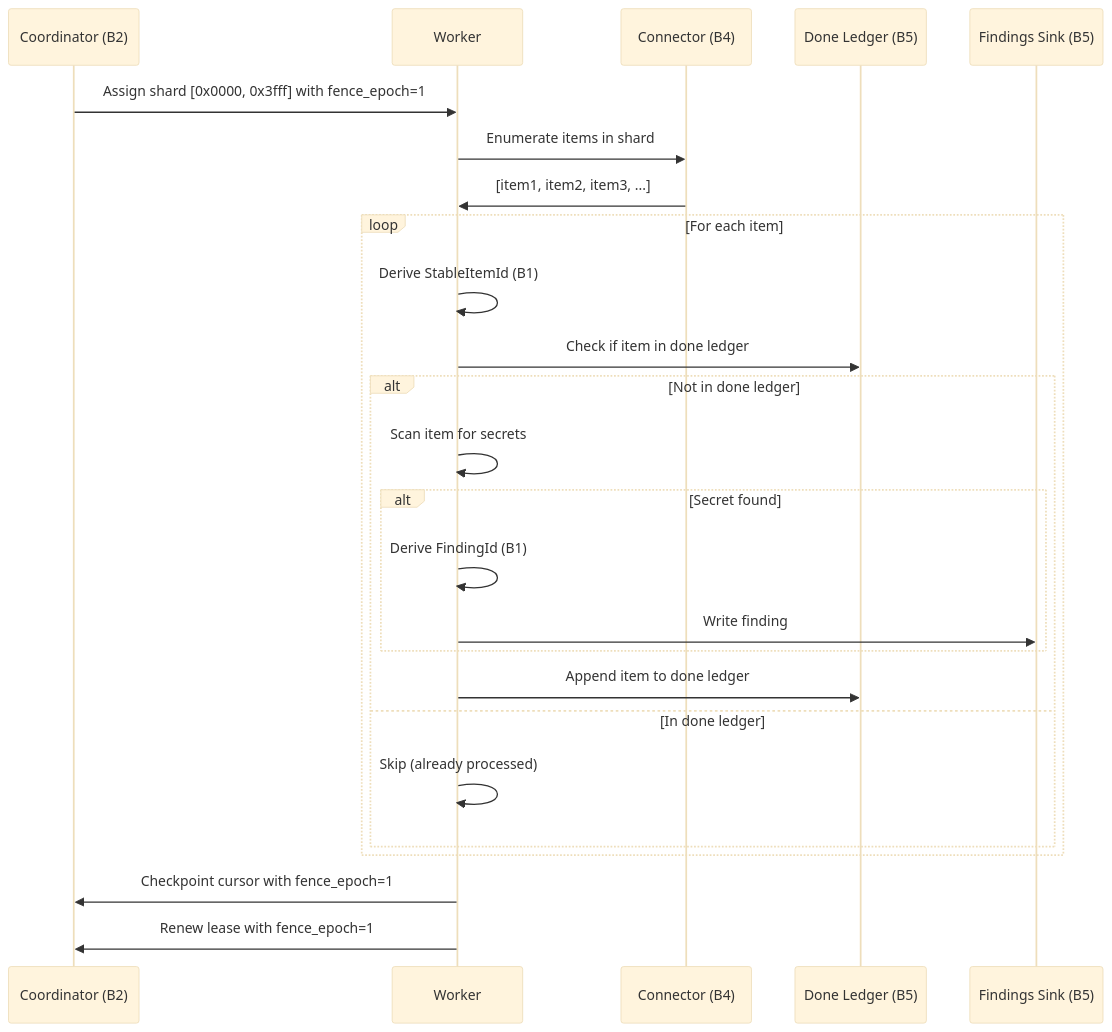
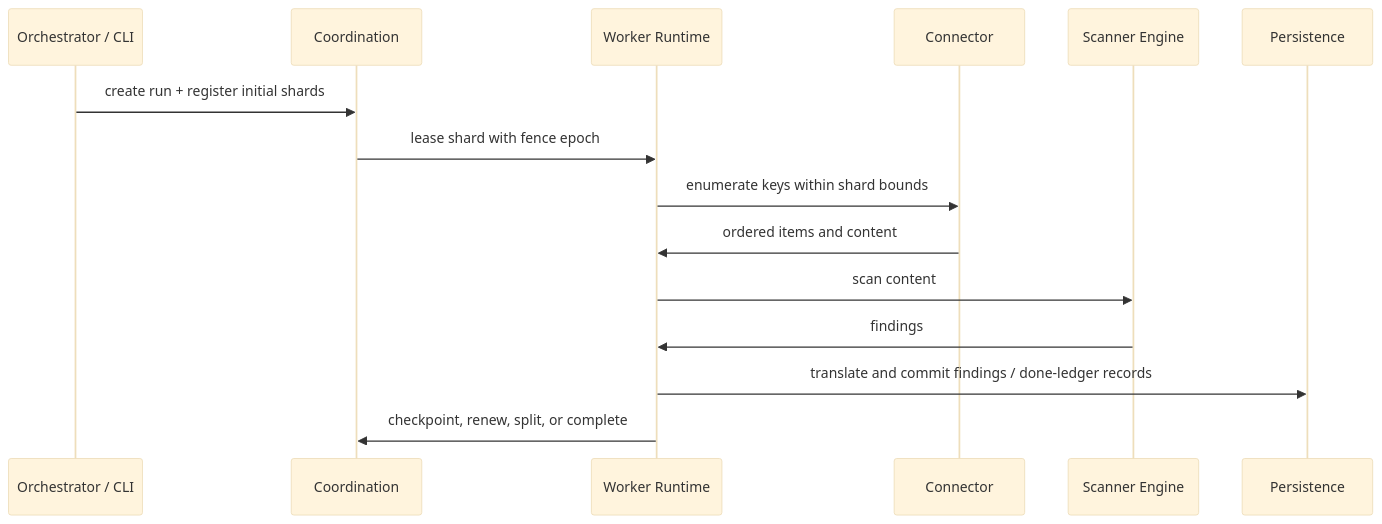
Before and after one commit to ahrav/gossip-rs-learning-guide: the second of 2 diagrams in 00-prologue/03-architecture-at-a-glance.md, drawn with Mermaid (base theme). The commit also changed other lines of this file and 2 other files, not shown here.

````diff
--- a/00-prologue/03-architecture-at-a-glance.md
+++ b/00-prologue/03-architecture-at-a-glance.md
@@ -367,30 +196,18 @@
 ```mermaid
 sequenceDiagram
-    participant CO as Coordinator (B2)
-    participant W as Worker
-    participant CN as Connector (B4)
-    participant DL as Done Ledger (B5)
-    participant FS as Findings Sink (B5)
+    participant OR as Orchestrator / CLI
+    participant CO as Coordination
+    participant WR as Worker Runtime
+    participant CN as Connector
+    participant SE as Scanner Engine
+    participant PE as Persistence
 
-    CO->>W: Assign shard [0x0000, 0x3fff] with fence_epoch=1
-    W->>CN: Enumerate items in shard
-    CN->>W: [item1, item2, item3, ...]
-
-    loop For each item
-        W->>W: Derive StableItemId (B1)
-        W->>DL: Check if item in done ledger
-        alt Not in done ledger
-            W->>W: Scan item for secrets
-            alt Secret found
-                W->>W: Derive FindingId (B1)
-                W->>FS: Write finding
-            end
-            W->>DL: Append item to done ledger
-        else In done ledger
-            W->>W: Skip (already processed)
-        end
-    end
-
-    W->>CO: Checkpoint cursor with fence_epoch=1
-    W->>CO: Renew lease with fence_epoch=1
+    OR->>CO: create run + register initial shards
+    CO->>WR: lease shard with fence epoch
+    WR->>CN: enumerate keys within shard bounds
+    CN->>WR: ordered items and content
+    WR->>SE: scan content
+    SE->>WR: findings
+    WR->>PE: translate and commit findings / done-ledger records
+    WR->>CO: checkpoint, renew, split, or complete
 ```
````
